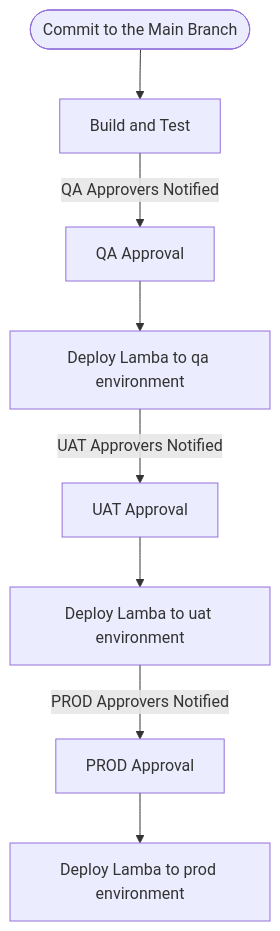
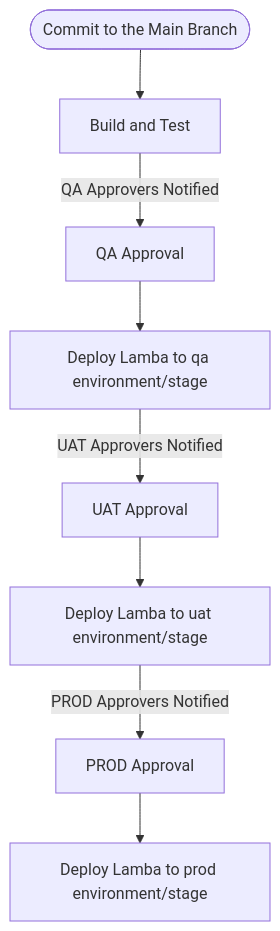
The third of 3 diagrams in .github/workflows/README.md (bogeorge/githubworkflow), drawn with Mermaid before and after one commit. The commit also changed other lines of this file and 5 other files, not shown here.

````diff
--- a/.github/workflows/README.md
+++ b/.github/workflows/README.md
@@ -59,11 +59,11 @@
 ```mermaid
 graph TD;
     id1([Commit to the Main Branch])
     -->id2[Build and Test]--QA Approvers Notified
     -->id3[QA Approval]
-    -->id4[Deploy Lamba to qa environment]--UAT Approvers Notified
+    -->id4[Deploy Lamba to qa environment/stage]--UAT Approvers Notified
     -->id5[UAT Approval]
-    -->id6[Deploy Lamba to uat environment]--PROD Approvers Notified
+    -->id6[Deploy Lamba to uat environment/stage]--PROD Approvers Notified
     -->id7[PROD Approval]
-    -->id8[Deploy Lamba to prod environment]
+    -->id8[Deploy Lamba to prod environment/stage]
 ```    
````
